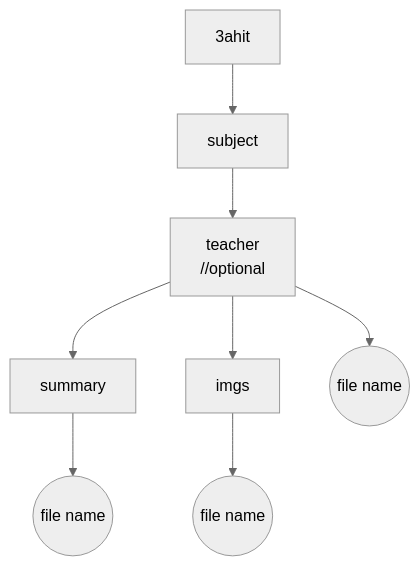
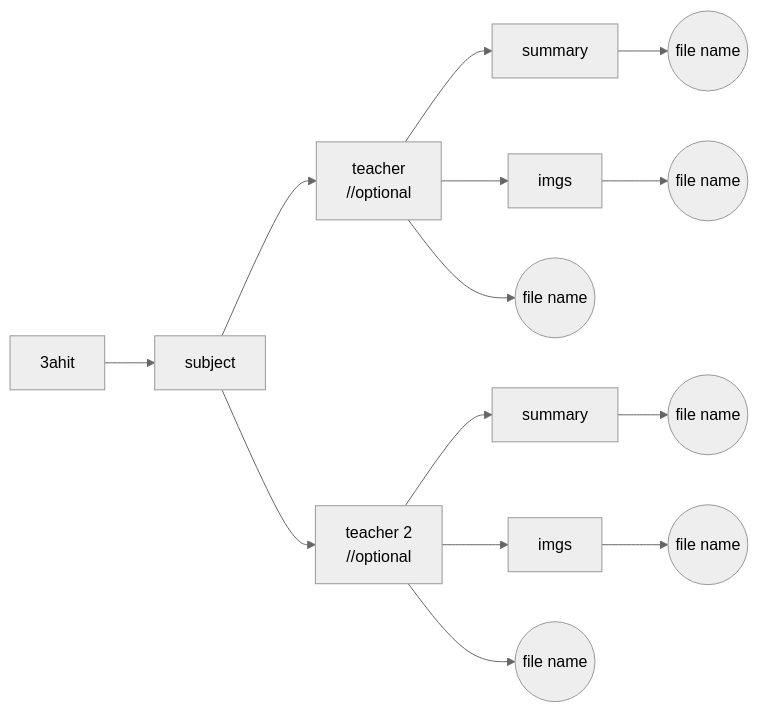
One commit to SimaBe210252/3AHI changed the diagram in readme.md. Above: the diagram before and after it, drawn with Mermaid (neutral theme).

````diff
--- a/readme.md
+++ b/readme.md
@@ -14,20 +14,36 @@
 ```mermaid
-  graph  TD
+  graph  LR
   f1[3ahit]
   f2[subject]
   f3[teacher
+  //optional]
+  f3.5[teacher 2
   //optional]
   f4[summary]
   f5[imgs]
   f6((file name))
   f7((file name))
   f8((file name))
 
+  f4.5[summary]
+  f5.5[imgs]
+  f6.5((file name))
+  f7.5((file name))
+  f8.5((file name))
+
   f1 --> f2
   f2 --> f3
+  f2 --> f3.5
   f3 --> f4
   f3 --> f5
   f3 --> f8
   f4 --> f6
   f5 --> f7
+
+  f3.5 --> f4.5
+  f3.5 --> f5.5
+  f3.5 --> f8.5
+  f4.5 --> f6.5
+  f5.5 --> f7.5
+
   ```
````
